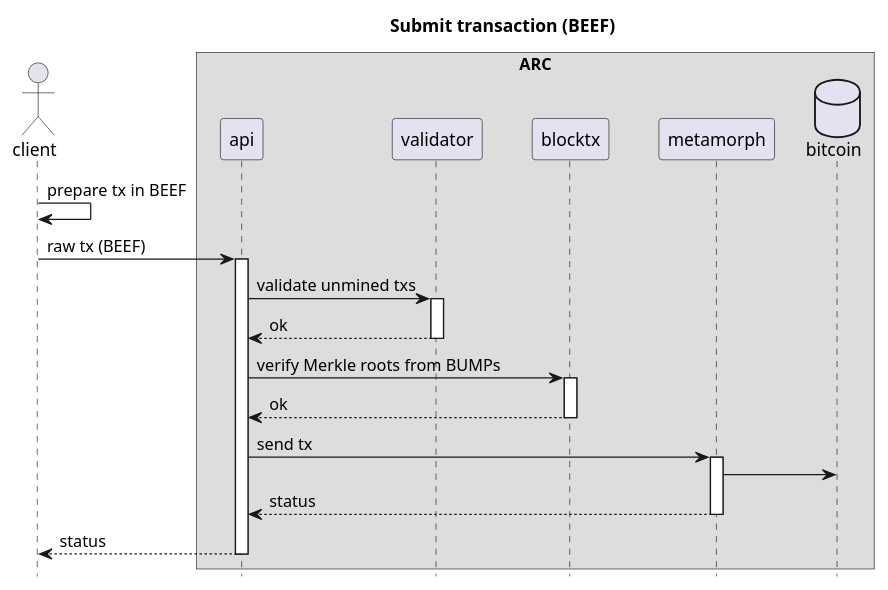
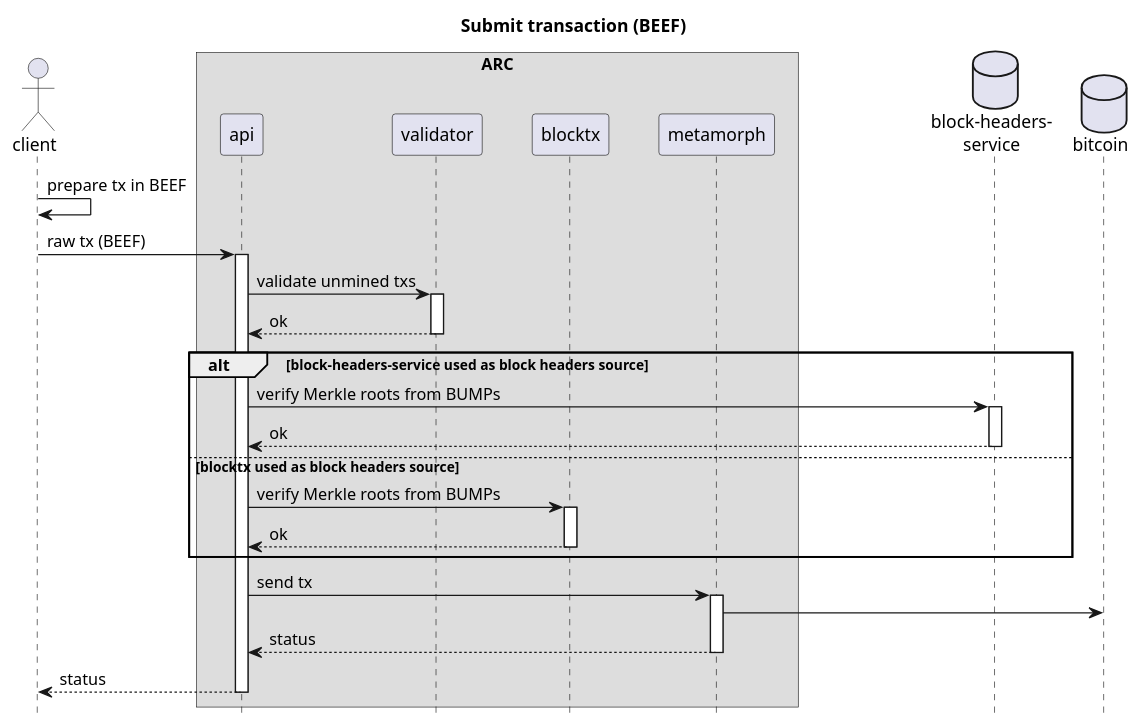
Before and after one commit to teranode-group/arc-docs: the fifth of 8 diagrams in arc-docu.md, drawn with PlantUML. The commit also changed other lines of this file, not shown here.

````diff
--- a/arc-docu.md
+++ b/arc-docu.md
@@ -304,36 +299,43 @@
 ```plantuml
 @startuml
 hide footbox
 skinparam ParticipantPadding 15
 skinparam BoxPadding 100
 
 actor "client" as tx
 
 
 box ARC
 participant api
 participant validator
 participant blocktx
 participant metamorph
+end box
+
+database "block-headers-\nservice" as bhs
 database "bitcoin" as bsv
-end box
 
 title Submit transaction (BEEF)
 
 tx -> tx: prepare tx in BEEF
 
 tx -> api ++: raw tx (BEEF)
   api -> validator ++: validate unmined txs
   return ok
 
-  api -> blocktx ++: verify Merkle roots from BUMPs
-  return ok
+  alt block-headers-service used as block headers source 
+     api -> bhs ++: verify Merkle roots from BUMPs
+     return ok
+  else blocktx used as block headers source
+     api -> blocktx ++: verify Merkle roots from BUMPs
+     return ok
+  end
 
   api -> metamorph ++: send tx
     metamorph -> bsv
   return status
 
 return status
 
 @enduml
 ```
````
